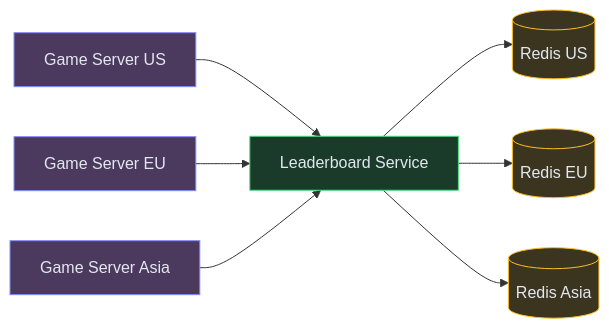
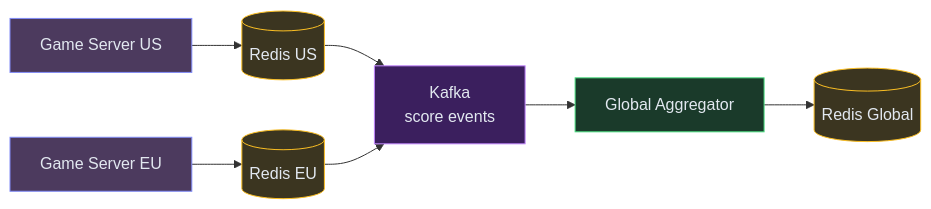
Before and after one commit to iluzn/HLD-Designs: the sixth of 7 diagrams in content/hld/Leaderboard.md, drawn with Mermaid. The commit also changed other lines of this file and 1 other file, not shown here.

Commit message:
rewrite Pastebin + Leaderboard in Hello Interview style: incremental FR-by-FR build

````diff
--- a/content/hld/Leaderboard.md
+++ b/content/hld/Leaderboard.md
@@ -218,21 +294,22 @@
 ```mermaid
 flowchart LR
     G1["Game Server US"]:::client
     G2["Game Server EU"]:::client
-    G3["Game Server Asia"]:::client
-    API["Leaderboard Service"]:::service
     R1[("Redis US")]:::data
     R2[("Redis EU")]:::data
-    R3[("Redis Asia")]:::data
+    K["Kafka<br/>score events"]:::async
+    AGG["Global Aggregator"]:::service
+    RG[("Redis Global")]:::data
 
-    G1 --> API
-    G2 --> API
-    G3 --> API
-    API --> R1
-    API --> R2
-    API --> R3
+    G1 --> R1
+    G2 --> R2
+    R1 --> K
+    R2 --> K
+    K --> AGG
+    AGG --> RG
 
     classDef client fill:#4c3a5e,stroke:#818cf8,color:#e2e8f0
     classDef service fill:#1a3a2a,stroke:#4ade80,color:#e2e8f0
     classDef data fill:#3b3520,stroke:#fbbf24,color:#e2e8f0
+    classDef async fill:#3b1f5e,stroke:#c084fc,color:#e2e8f0
 ```
````
